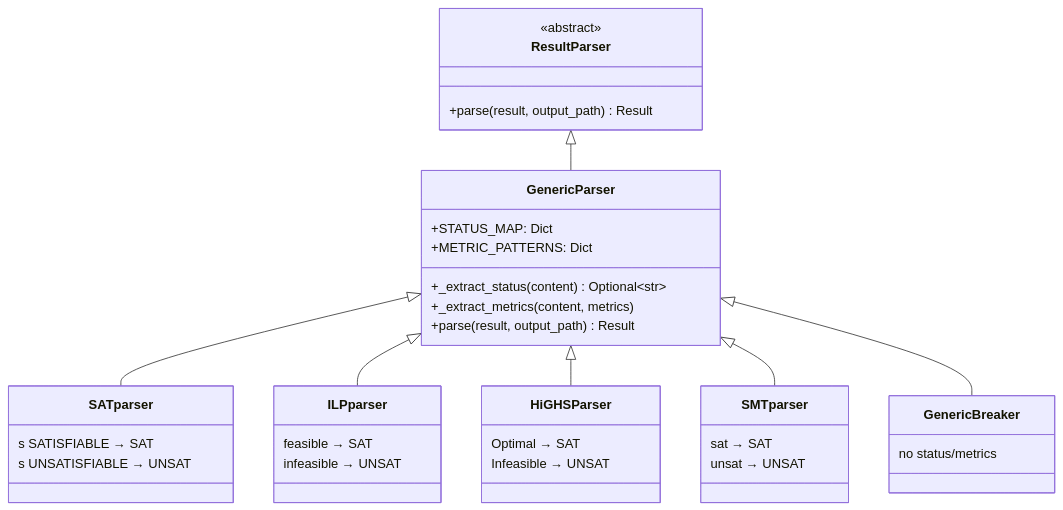
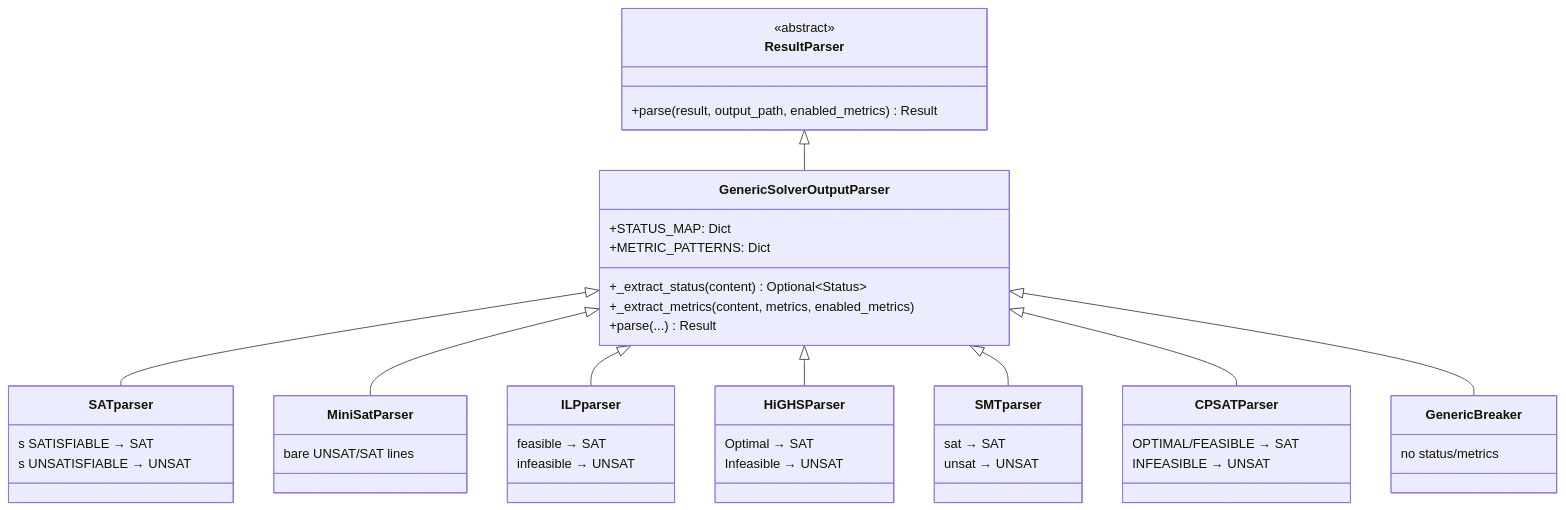
One commit to Fremal31/Comparison-of-SAT-solvers-in-combinatorics changed the fifth of 5 diagrams in ARCHITECTURE.md. Above: the diagram before and after it, drawn with Mermaid. The commit also changed other lines of this file and 1 other file, not shown here.

Commit message:
updated README and ARCHITECTURE

````diff
--- a/ARCHITECTURE.md
+++ b/ARCHITECTURE.md
@@ -269,46 +352,51 @@
 ```mermaid
 classDiagram
     class ResultParser {
         <<abstract>>
-        +parse(result, output_path) Result
+        +parse(result, output_path, enabled_metrics) Result
     }
 
-    class GenericParser {
+    class GenericSolverOutputParser {
         +STATUS_MAP: Dict
         +METRIC_PATTERNS: Dict
-        +_extract_status(content) Optional~str~
-        +_extract_metrics(content, metrics)
-        +parse(result, output_path) Result
+        +_extract_status(content) Optional~Status~
+        +_extract_metrics(content, metrics, enabled_metrics)
+        +parse(...) Result
     }
 
     class SATparser {
         s SATISFIABLE → SAT
         s UNSATISFIABLE → UNSAT
     }
-
+    class MiniSatParser {
+        bare UNSAT/SAT lines
+    }
     class ILPparser {
         feasible → SAT
         infeasible → UNSAT
     }
-
     class HiGHSParser {
         Optimal → SAT
         Infeasible → UNSAT
     }
-
     class SMTparser {
         sat → SAT
         unsat → UNSAT
     }
-
+    class CPSATParser {
+        OPTIMAL/FEASIBLE → SAT
+        INFEASIBLE → UNSAT
+    }
     class GenericBreaker {
         no status/metrics
     }
 
-    ResultParser <|-- GenericParser
-    GenericParser <|-- SATparser
-    GenericParser <|-- ILPparser
-    GenericParser <|-- HiGHSParser
-    GenericParser <|-- SMTparser
-    GenericParser <|-- GenericBreaker
+    ResultParser <|-- GenericSolverOutputParser
+    GenericSolverOutputParser <|-- SATparser
+    GenericSolverOutputParser <|-- MiniSatParser
+    GenericSolverOutputParser <|-- ILPparser
+    GenericSolverOutputParser <|-- HiGHSParser
+    GenericSolverOutputParser <|-- SMTparser
+    GenericSolverOutputParser <|-- CPSATParser
+    GenericSolverOutputParser <|-- GenericBreaker
 ```
````
